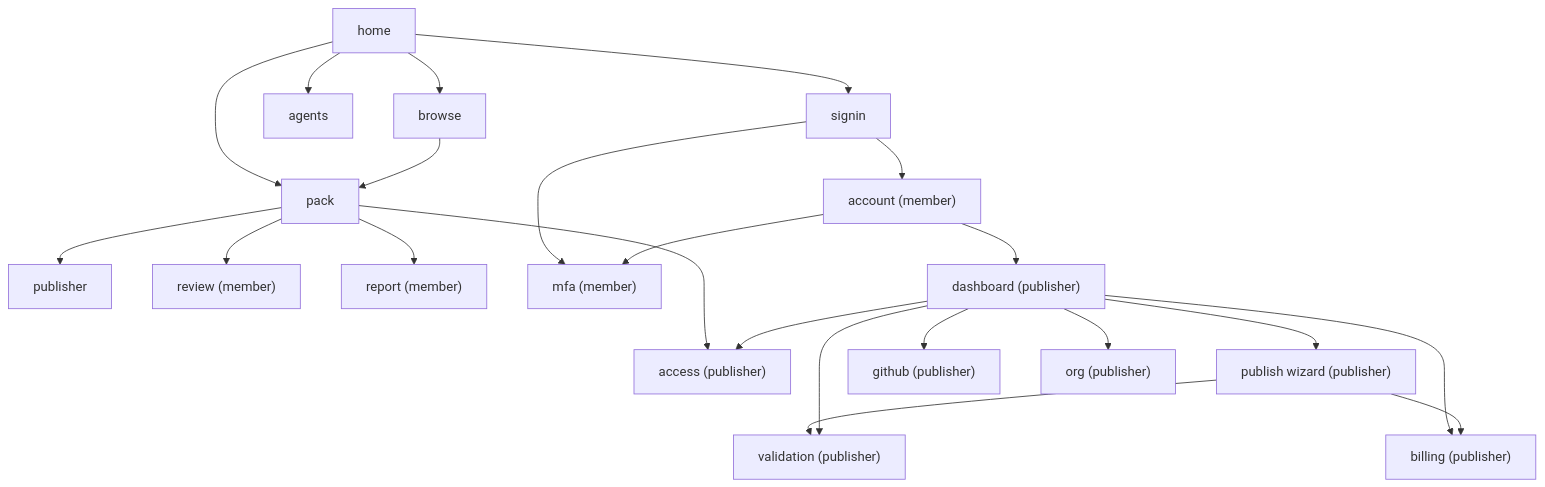
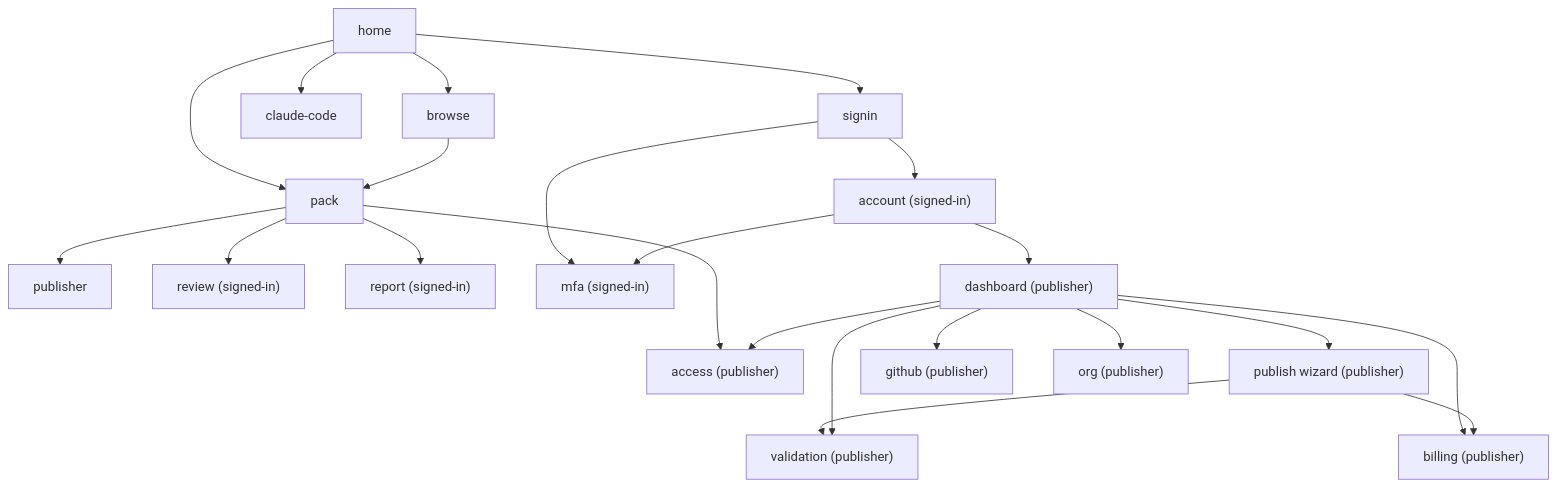
The diagram in docs/ui/sitemap.md (Claudinite/PackServer), drawn with Mermaid before and after one commit. The commit also changed other lines of this file and 6 other files, not shown here.

````diff
--- a/docs/ui/sitemap.md
+++ b/docs/ui/sitemap.md
@@ -57,24 +63,24 @@
 ```mermaid
 flowchart TD
   home["home"] --> browse["browse"]
   home --> pack["pack"]
-  home --> agents["agents"]
+  home --> claudecode["claude-code"]
   home --> signin["signin"]
   browse --> pack
   pack --> publisher["publisher"]
-  pack --> review["review (member)"]
-  pack --> report["report (member)"]
+  pack --> review["review (signed-in)"]
+  pack --> report["report (signed-in)"]
   pack --> access["access (publisher)"]
-  signin --> mfa["mfa (member)"]
-  signin --> account["account (member)"]
+  signin --> mfa["mfa (signed-in)"]
+  signin --> account["account (signed-in)"]
   account --> mfa
   account --> dashboard["dashboard (publisher)"]
   dashboard --> publish["publish wizard (publisher)"]
   publish --> validation["validation (publisher)"]
   dashboard --> validation
   dashboard --> github["github (publisher)"]
   dashboard --> org["org (publisher)"]
   dashboard --> billing["billing (publisher)"]
   publish --> billing
   dashboard --> access
 ```
````
